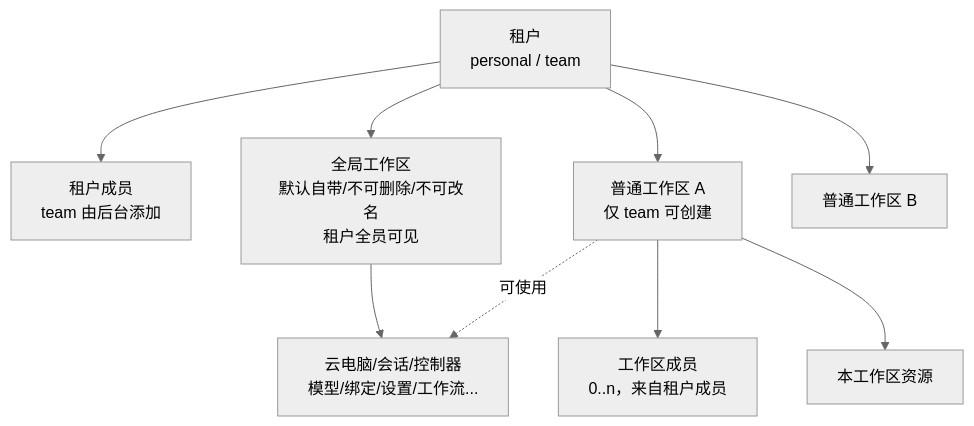
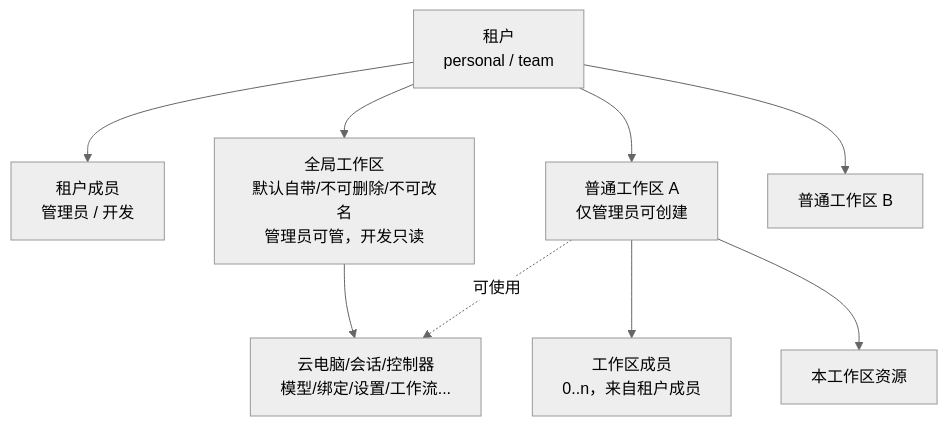
One commit to Deliay/z-agent-gear changed the first of 4 diagrams in docs/product/draft/20261028-multi-tenant-phase2.md. Above: the diagram before and after it, drawn with Mermaid (neutral theme). The commit also changed other lines of this file and 3 other files, not shown here.

````diff
--- a/docs/product/draft/20261028-multi-tenant-phase2.md
+++ b/docs/product/draft/20261028-multi-tenant-phase2.md
@@ -25,11 +29,11 @@
 ```mermaid
 flowchart TD
-    T[租户<br/>personal / team] --> M[租户成员<br/>team 由后台添加]
-    T --> GW[全局工作区<br/>默认自带/不可删除/不可改名<br/>租户全员可见]
-    T --> W1[普通工作区 A<br/>仅 team 可创建]
+    T[租户<br/>personal / team] --> M[租户成员<br/>管理员 / 开发]
+    T --> GW[全局工作区<br/>默认自带/不可删除/不可改名<br/>管理员可管，开发只读]
+    T --> W1[普通工作区 A<br/>仅管理员可创建]
     T --> W2[普通工作区 B]
     W1 --> WM[工作区成员<br/>0..n，来自租户成员]
     GW --> R1[云电脑/会话/控制器<br/>模型/绑定/设置/工作流...]
     W1 --> R2[本工作区资源]
     W1 -.可使用.-> R1
 ```
````
